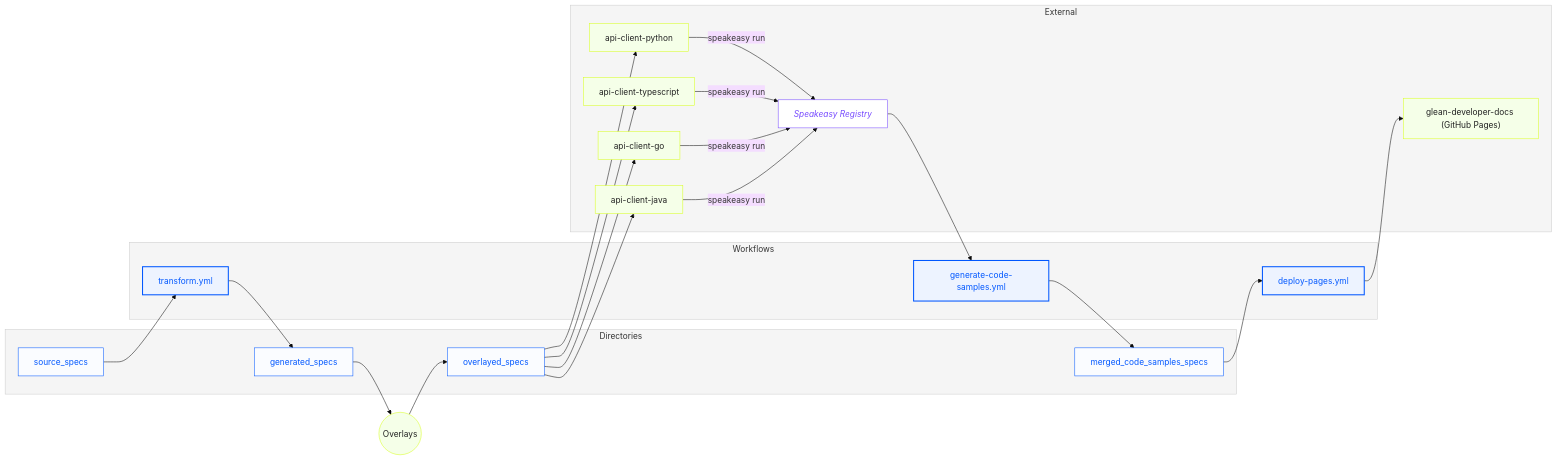
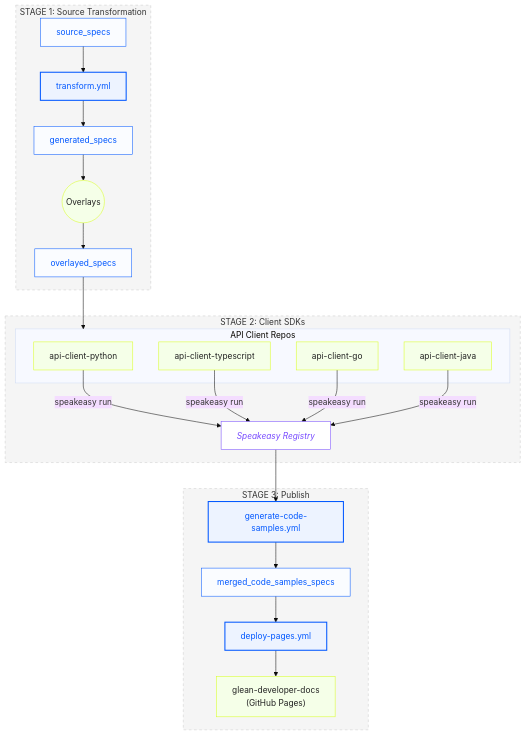
The diagram in README.md (gleanwork/open-api), drawn with Mermaid (base theme) before and after one commit.

Commit message:
Updating mermaid diagram

````diff
--- a/README.md
+++ b/README.md
@@ -51,55 +51,59 @@
 ```mermaid
-graph LR
-    %% Nodes
-    subgraph Directories
-        source_specs["source_specs"]
-        generated_specs["generated_specs"]
-        overlayed_specs["overlayed_specs"]
-        merged_code_samples_specs["merged_code_samples_specs"]
+flowchart TD
+    %% Main directory nodes
+    source_specs["source_specs"]:::dir
+    generated_specs["generated_specs"]:::dir
+    overlayed_specs["overlayed_specs"]:::dir
+    merged_code_samples_specs["merged_code_samples_specs"]:::dir
+
+    %% Workflow nodes
+    transform_yml["transform.yml"]:::wf
+    generate_code_samples_yml["generate-code-samples.yml"]:::wf
+    deploy_pages_yml["deploy-pages.yml"]:::wf
+
+    %% External resources
+    overlays((Overlays)):::ext
+    speakeasy_registry["Speakeasy Registry"]:::reg
+    glean_developer_docs["glean-developer-docs<br>(GitHub Pages)"]:::ext
+
+    %% External repos - arranged in a 2x2 grid for clarity
+    api_python["api-client-python"]:::ext
+    api_typescript["api-client-typescript"]:::ext  
+    api_go["api-client-go"]:::ext
+    api_java["api-client-java"]:::ext
+
+    %% STAGE 1: Transform source specs
+    subgraph Stage1[STAGE 1: Source Transformation]
+        source_specs --> transform_yml --> generated_specs
+        generated_specs --> overlays --> overlayed_specs
     end
 
-    subgraph Workflows
-        transform_yml["transform.yml"]
-        generate_code_samples_yml["generate-code-samples.yml"]
-        deploy_pages_yml["deploy-pages.yml"]
+    %% STAGE 2: External repos process specs
+    subgraph Stage2[STAGE 2: Client SDKs]
+        overlayed_specs --> api_clients
+        
+        subgraph api_clients[API Client Repos]
+            api_python & api_typescript & api_go & api_java
+        end
+        
+        %% All API clients upload samples to registry
+        api_python & api_typescript & api_go & api_java -->|speakeasy run| speakeasy_registry
     end
 
-    subgraph External
-        api_client_python["api-client-python"]
-        api_client_typescript["api-client-typescript"]
-        api_client_go["api-client-go"]
-        api_client_java["api-client-java"]
-        speakeasy_registry["Speakeasy Registry"]
-        glean_developer_docs["glean-developer-docs (GitHub Pages)"]
+    %% STAGE 3: Generate code samples and deploy
+    subgraph Stage3[STAGE 3: Publish]
+        speakeasy_registry --> generate_code_samples_yml --> merged_code_samples_specs
+        merged_code_samples_specs --> deploy_pages_yml --> glean_developer_docs
     end
 
-    %% Flow
-    source_specs --> transform_yml --> generated_specs
-    generated_specs --> overlays((Overlays)) --> overlayed_specs
-
-    overlayed_specs --> api_client_python
-    overlayed_specs --> api_client_typescript
-    overlayed_specs --> api_client_go
-    overlayed_specs --> api_client_java
-
-    api_client_python -->|"speakeasy run"| speakeasy_registry
-    api_client_typescript -->|"speakeasy run"| speakeasy_registry
-    api_client_go -->|"speakeasy run"| speakeasy_registry
-    api_client_java -->|"speakeasy run"| speakeasy_registry
-
-    speakeasy_registry --> generate_code_samples_yml --> merged_code_samples_specs
-    merged_code_samples_specs --> deploy_pages_yml --> glean_developer_docs
-
-    %% Styling
+    %% Styling definitions
     classDef dir fill:#FAFCFF,stroke:#0057FF,stroke-width:1px,color:#0057FF;
     classDef wf fill:#EDF3FF,stroke:#0057FF,stroke-width:2px,color:#0057FF;
     classDef ext fill:#F5FFE8,stroke:#D9FF1F,stroke-width:1px,color:#222;
     classDef reg fill:#FFFFFF,stroke:#7649FF,stroke-width:1px,color:#7649FF,font-style:italic;
     classDef section fill:#f5f5f5,stroke:#cccccc,color:#333333;
 
-    class source_specs,generated_specs,overlayed_specs,merged_code_samples_specs dir;
-    class transform_yml,generate_code_samples_yml,deploy_pages_yml wf;
-    class api_client_python,api_client_typescript,api_client_go,api_client_java,glean_developer_docs,overlays ext;
-    class speakeasy_registry reg;
-    class Directories,Workflows,External section;
+    %% Style the stages
+    classDef stage fill:#f5f5f5,stroke:#cccccc,color:#333333,stroke-dasharray: 5 5;
+    class Stage1,Stage2,Stage3 stage;
 ```
````
